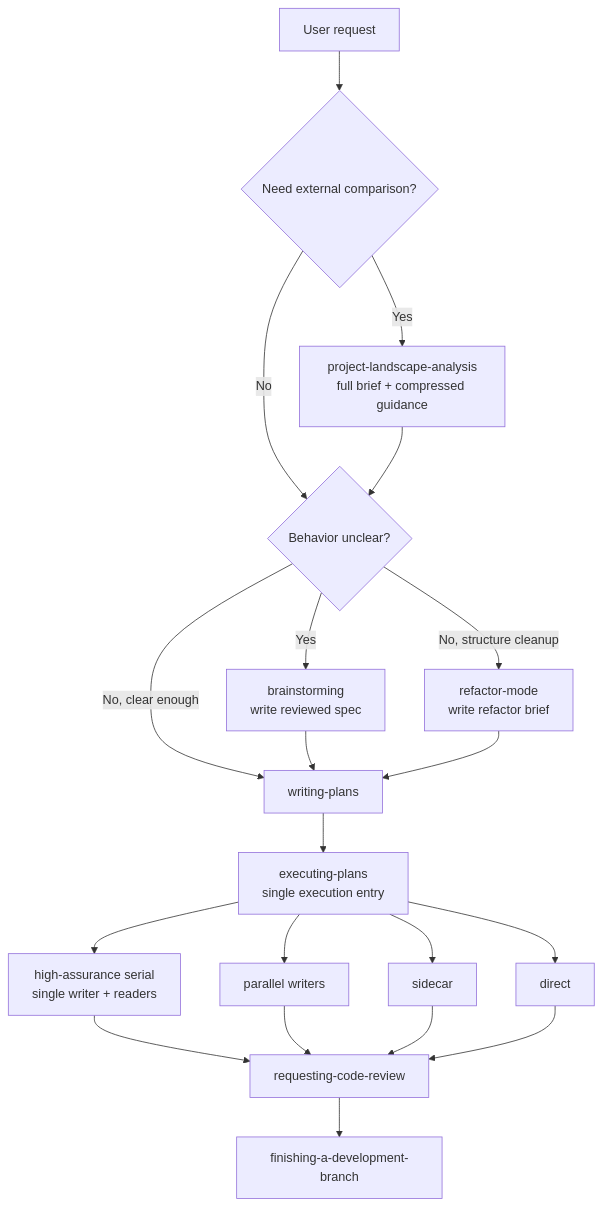
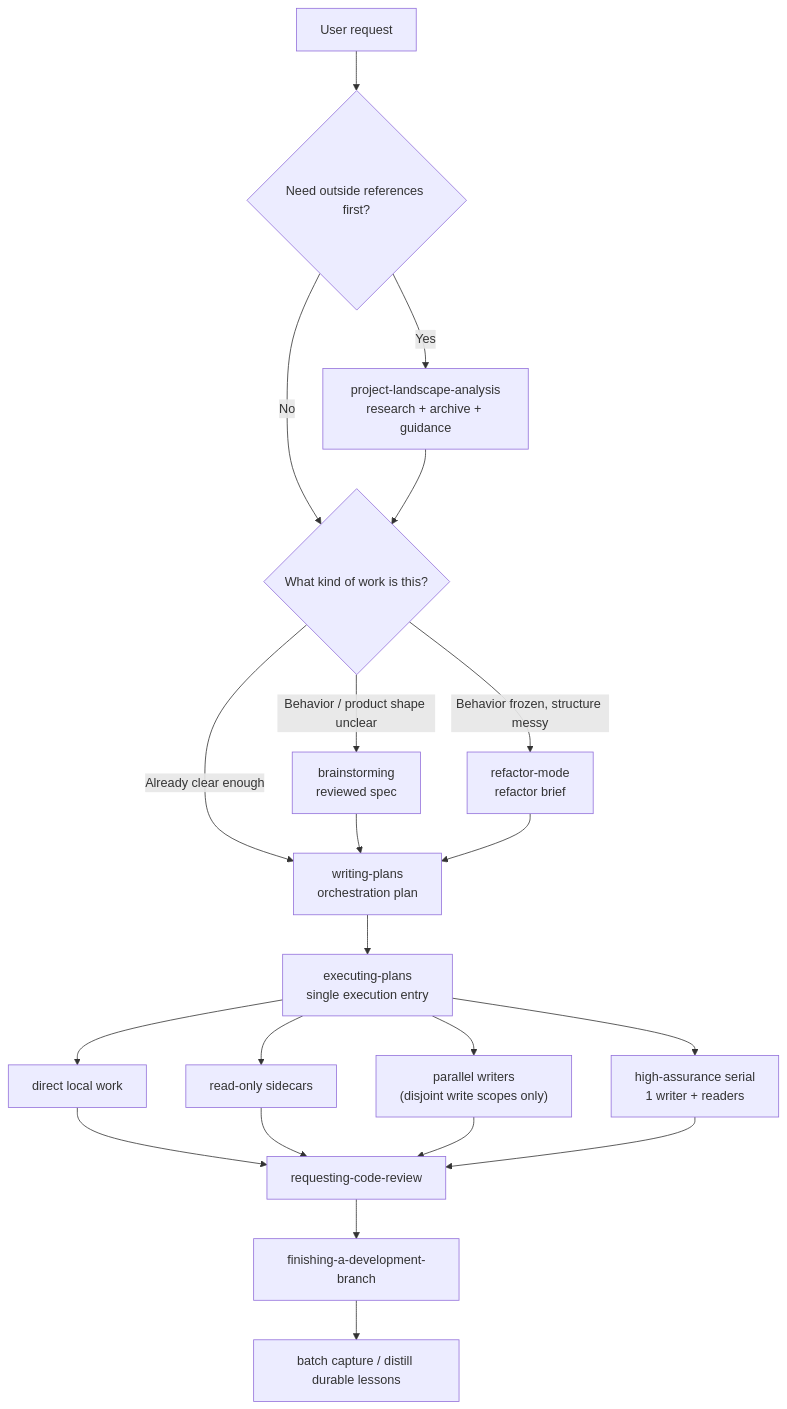
One commit to guhaigg/better-sp changed the first of 2 diagrams in README.md. Above: the diagram before and after it, drawn with Mermaid. The commit also changed other lines of this file and 15 other files, not shown here.

````diff
--- a/README.md
+++ b/README.md
@@ -35,22 +37,23 @@
 ```mermaid
 flowchart TD
-    A["User request"] --> R{"Need external comparison?"}
-    R -- "Yes" --> S["project-landscape-analysis<br/>full brief + compressed guidance"]
-    R -- "No" --> B{"Behavior unclear?"}
+    A["User request"] --> R{"Need outside references first?"}
+    R -- "Yes" --> S["project-landscape-analysis<br/>research + archive + guidance"]
+    R -- "No" --> B{"What kind of work is this?"}
     S --> B
-    B -- "Yes" --> C["brainstorming<br/>write reviewed spec"]
-    B -- "No, structure cleanup" --> D["refactor-mode<br/>write refactor brief"]
-    B -- "No, clear enough" --> E["writing-plans"]
+    B -- "Behavior / product shape unclear" --> C["brainstorming<br/>reviewed spec"]
+    B -- "Behavior frozen, structure messy" --> D["refactor-mode<br/>refactor brief"]
+    B -- "Already clear enough" --> E["writing-plans<br/>orchestration plan"]
     C --> E
     D --> E
     E --> F["executing-plans<br/>single execution entry"]
-    F --> G["direct"]
-    F --> H["sidecar"]
-    F --> I["parallel writers"]
-    F --> J["high-assurance serial<br/>single writer + readers"]
-    J --> K["requesting-code-review"]
+    F --> G["direct local work"]
+    F --> H["read-only sidecars"]
+    F --> I["parallel writers<br/>(disjoint write scopes only)"]
+    F --> J["high-assurance serial<br/>1 writer + readers"]
+    G --> K["requesting-code-review"]
+    H --> K
     I --> K
-    H --> K
-    G --> K
+    J --> K
     K --> L["finishing-a-development-branch"]
+    L --> M["batch capture / distill durable lessons"]
 ```
````
